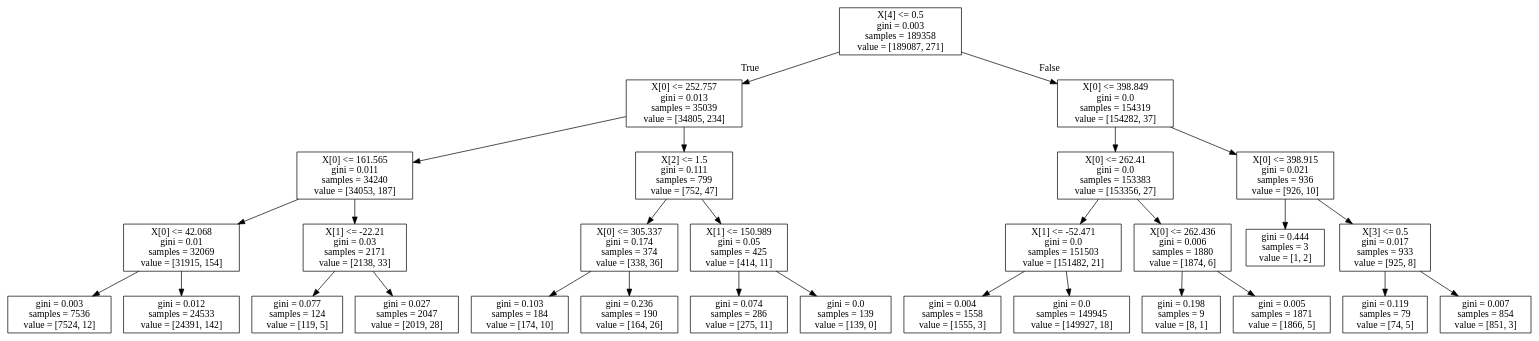
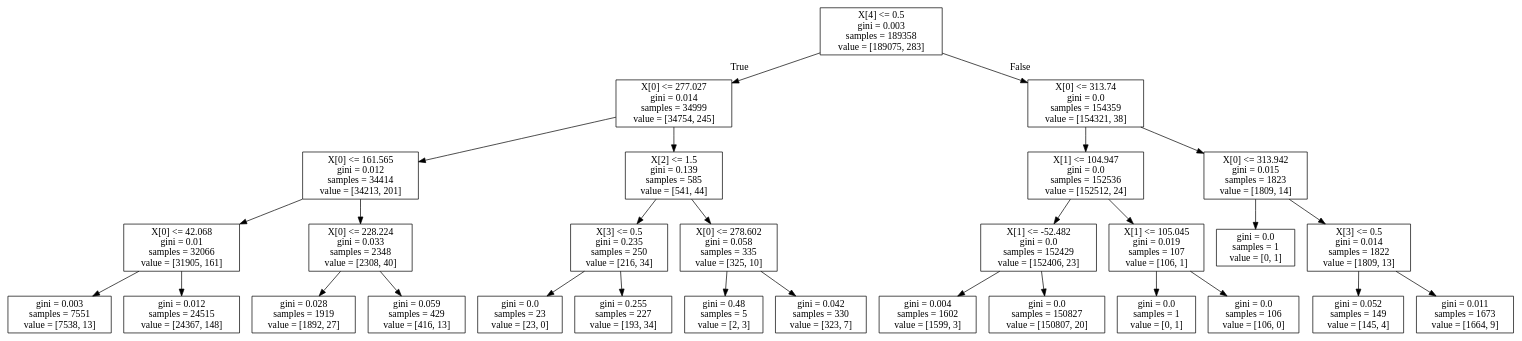
The diagram in Week 1 - Credit Card Fraud/tree_normal.dot (R-Graafmans/CDA_CS4035), drawn with Graphviz before and after one commit. The commit also changed 13 other files, not shown here.

```diff
--- a/Week 1 - Credit Card Fraud/tree_normal.dot
+++ b/Week 1 - Credit Card Fraud/tree_normal.dot
@@ -1,60 +1,60 @@
 digraph Tree {
 node [shape=box] ;
-0 [label="X[4] <= 0.5\ngini = 0.003\nsamples = 189358\nvalue = [189087, 271]"] ;
-1 [label="X[0] <= 252.757\ngini = 0.013\nsamples = 35039\nvalue = [34805, 234]"] ;
+0 [label="X[4] <= 0.5\ngini = 0.003\nsamples = 189358\nvalue = [189075, 283]"] ;
+1 [label="X[0] <= 277.027\ngini = 0.014\nsamples = 34999\nvalue = [34754, 245]"] ;
 0 -> 1 [labeldistance=2.5, labelangle=45, headlabel="True"] ;
-2 [label="X[0] <= 161.565\ngini = 0.011\nsamples = 34240\nvalue = [34053, 187]"] ;
+2 [label="X[0] <= 161.565\ngini = 0.012\nsamples = 34414\nvalue = [34213, 201]"] ;
 1 -> 2 ;
-3 [label="X[0] <= 42.068\ngini = 0.01\nsamples = 32069\nvalue = [31915, 154]"] ;
+3 [label="X[0] <= 42.068\ngini = 0.01\nsamples = 32066\nvalue = [31905, 161]"] ;
 2 -> 3 ;
-4 [label="gini = 0.003\nsamples = 7536\nvalue = [7524, 12]"] ;
+4 [label="gini = 0.003\nsamples = 7551\nvalue = [7538, 13]"] ;
 3 -> 4 ;
-5 [label="gini = 0.012\nsamples = 24533\nvalue = [24391, 142]"] ;
+5 [label="gini = 0.012\nsamples = 24515\nvalue = [24367, 148]"] ;
 3 -> 5 ;
-6 [label="X[1] <= -22.21\ngini = 0.03\nsamples = 2171\nvalue = [2138, 33]"] ;
+6 [label="X[0] <= 228.224\ngini = 0.033\nsamples = 2348\nvalue = [2308, 40]"] ;
 2 -> 6 ;
-7 [label="gini = 0.077\nsamples = 124\nvalue = [119, 5]"] ;
+7 [label="gini = 0.028\nsamples = 1919\nvalue = [1892, 27]"] ;
 6 -> 7 ;
-8 [label="gini = 0.027\nsamples = 2047\nvalue = [2019, 28]"] ;
+8 [label="gini = 0.059\nsamples = 429\nvalue = [416, 13]"] ;
 6 -> 8 ;
-9 [label="X[2] <= 1.5\ngini = 0.111\nsamples = 799\nvalue = [752, 47]"] ;
+9 [label="X[2] <= 1.5\ngini = 0.139\nsamples = 585\nvalue = [541, 44]"] ;
 1 -> 9 ;
-10 [label="X[0] <= 305.337\ngini = 0.174\nsamples = 374\nvalue = [338, 36]"] ;
+10 [label="X[3] <= 0.5\ngini = 0.235\nsamples = 250\nvalue = [216, 34]"] ;
 9 -> 10 ;
-11 [label="gini = 0.103\nsamples = 184\nvalue = [174, 10]"] ;
+11 [label="gini = 0.0\nsamples = 23\nvalue = [23, 0]"] ;
 10 -> 11 ;
-12 [label="gini = 0.236\nsamples = 190\nvalue = [164, 26]"] ;
+12 [label="gini = 0.255\nsamples = 227\nvalue = [193, 34]"] ;
 10 -> 12 ;
-13 [label="X[1] <= 150.989\ngini = 0.05\nsamples = 425\nvalue = [414, 11]"] ;
+13 [label="X[0] <= 278.602\ngini = 0.058\nsamples = 335\nvalue = [325, 10]"] ;
 9 -> 13 ;
-14 [label="gini = 0.074\nsamples = 286\nvalue = [275, 11]"] ;
+14 [label="gini = 0.48\nsamples = 5\nvalue = [2, 3]"] ;
 13 -> 14 ;
-15 [label="gini = 0.0\nsamples = 139\nvalue = [139, 0]"] ;
+15 [label="gini = 0.042\nsamples = 330\nvalue = [323, 7]"] ;
 13 -> 15 ;
-16 [label="X[0] <= 398.849\ngini = 0.0\nsamples = 154319\nvalue = [154282, 37]"] ;
+16 [label="X[0] <= 313.74\ngini = 0.0\nsamples = 154359\nvalue = [154321, 38]"] ;
 0 -> 16 [labeldistance=2.5, labelangle=-45, headlabel="False"] ;
-17 [label="X[0] <= 262.41\ngini = 0.0\nsamples = 153383\nvalue = [153356, 27]"] ;
+17 [label="X[1] <= 104.947\ngini = 0.0\nsamples = 152536\nvalue = [152512, 24]"] ;
 16 -> 17 ;
-18 [label="X[1] <= -52.471\ngini = 0.0\nsamples = 151503\nvalue = [151482, 21]"] ;
+18 [label="X[1] <= -52.482\ngini = 0.0\nsamples = 152429\nvalue = [152406, 23]"] ;
 17 -> 18 ;
-19 [label="gini = 0.004\nsamples = 1558\nvalue = [1555, 3]"] ;
+19 [label="gini = 0.004\nsamples = 1602\nvalue = [1599, 3]"] ;
 18 -> 19 ;
-20 [label="gini = 0.0\nsamples = 149945\nvalue = [149927, 18]"] ;
+20 [label="gini = 0.0\nsamples = 150827\nvalue = [150807, 20]"] ;
 18 -> 20 ;
-21 [label="X[0] <= 262.436\ngini = 0.006\nsamples = 1880\nvalue = [1874, 6]"] ;
+21 [label="X[1] <= 105.045\ngini = 0.019\nsamples = 107\nvalue = [106, 1]"] ;
 17 -> 21 ;
-22 [label="gini = 0.198\nsamples = 9\nvalue = [8, 1]"] ;
+22 [label="gini = 0.0\nsamples = 1\nvalue = [0, 1]"] ;
 21 -> 22 ;
-23 [label="gini = 0.005\nsamples = 1871\nvalue = [1866, 5]"] ;
+23 [label="gini = 0.0\nsamples = 106\nvalue = [106, 0]"] ;
 21 -> 23 ;
-24 [label="X[0] <= 398.915\ngini = 0.021\nsamples = 936\nvalue = [926, 10]"] ;
+24 [label="X[0] <= 313.942\ngini = 0.015\nsamples = 1823\nvalue = [1809, 14]"] ;
 16 -> 24 ;
-25 [label="gini = 0.444\nsamples = 3\nvalue = [1, 2]"] ;
+25 [label="gini = 0.0\nsamples = 1\nvalue = [0, 1]"] ;
 24 -> 25 ;
-26 [label="X[3] <= 0.5\ngini = 0.017\nsamples = 933\nvalue = [925, 8]"] ;
+26 [label="X[3] <= 0.5\ngini = 0.014\nsamples = 1822\nvalue = [1809, 13]"] ;
 24 -> 26 ;
-27 [label="gini = 0.119\nsamples = 79\nvalue = [74, 5]"] ;
+27 [label="gini = 0.052\nsamples = 149\nvalue = [145, 4]"] ;
 26 -> 27 ;
-28 [label="gini = 0.007\nsamples = 854\nvalue = [851, 3]"] ;
+28 [label="gini = 0.011\nsamples = 1673\nvalue = [1664, 9]"] ;
 26 -> 28 ;
 }
```
